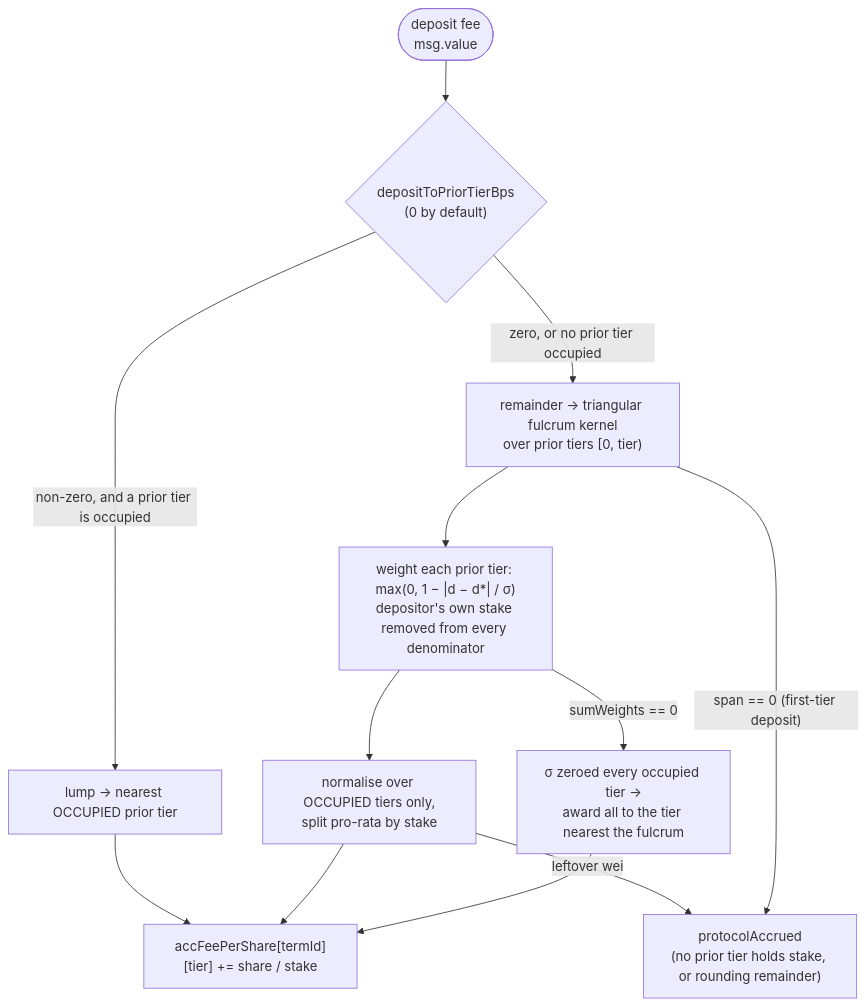
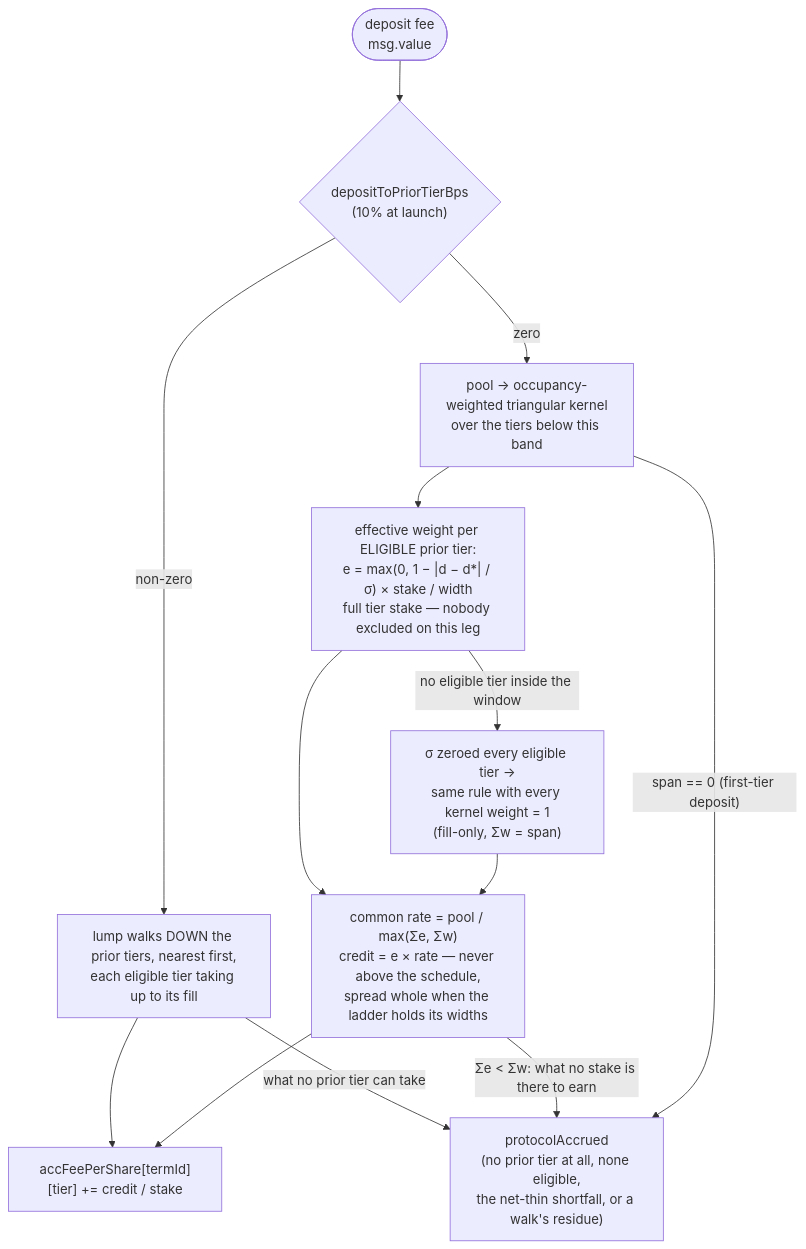
The fourth of 4 diagrams in docs/call-flows/dynamic-fee-curve.md (0xIntuition/intuition-contracts-v2), drawn with Mermaid before and after one commit. The commit also changed other lines of this file and 26 other files, not shown here.

Commit message:
fix: per-lot position accounting and an occupancy-weighted fee spread on the dynamic-fee curve (5.1, 5.3)

````diff
--- a/docs/call-flows/dynamic-fee-curve.md
+++ b/docs/call-flows/dynamic-fee-curve.md
@@ -259,21 +340,22 @@
 ```mermaid
 flowchart TB
   fee(["deposit fee<br/>msg.value"])
-  spike{"depositToPriorTierBps<br/>(0 by default)"}
-  lump["lump → nearest OCCUPIED prior tier"]
-  fulcrum["remainder → triangular fulcrum kernel<br/>over prior tiers [0, tier)"]
-  weigh["weight each prior tier: max(0, 1 − |d − d*| / σ)<br/>depositor's own stake removed from every denominator"]
-  norm["normalise over OCCUPIED tiers only,<br/>split pro-rata by stake"]
-  acc["accFeePerShare[termId][tier] += share / stake"]
-  degen["σ zeroed every occupied tier →<br/>award all to the tier nearest the fulcrum"]
-  prot["protocolAccrued<br/>(no prior tier holds stake, or rounding remainder)"]
+  spike{"depositToPriorTierBps<br/>(10% at launch)"}
+  lump["lump walks DOWN the prior tiers, nearest first,<br/>each eligible tier taking up to its fill"]
+  fulcrum["pool → occupancy-weighted triangular kernel<br/>over the tiers below this band"]
+  weigh["effective weight per ELIGIBLE prior tier:<br/>e = max(0, 1 − |d − d*| / σ) × stake / width<br/>full tier stake — nobody excluded on this leg"]
+  norm["common rate = pool / max(Σe, Σw)<br/>credit = e × rate — never above the schedule,<br/>spread whole when the ladder holds its widths"]
+  acc["accFeePerShare[termId][tier] += credit / stake"]
+  fallback["σ zeroed every eligible tier →<br/>same rule with every kernel weight = 1<br/>(fill-only, Σw = span)"]
+  prot["protocolAccrued<br/>(no prior tier at all, none eligible,<br/>the net-thin shortfall, or a walk's residue)"]
 
   fee --> spike
-  spike -- "non-zero, and a prior tier is occupied" --> lump
-  spike -- "zero, or no prior tier occupied" --> fulcrum
+  spike -- "non-zero" --> lump
+  spike -- "zero" --> fulcrum
   lump --> acc
+  lump -- "what no prior tier can take" --> prot
   fulcrum --> weigh --> norm --> acc
-  weigh -- "sumWeights == 0" --> degen --> acc
-  norm -- "leftover wei" --> prot
+  weigh -- "no eligible tier inside the window" --> fallback --> norm
+  norm -- "Σe < Σw: what no stake is there to earn" --> prot
   fulcrum -- "span == 0 (first-tier deposit)" --> prot
 ```
````
